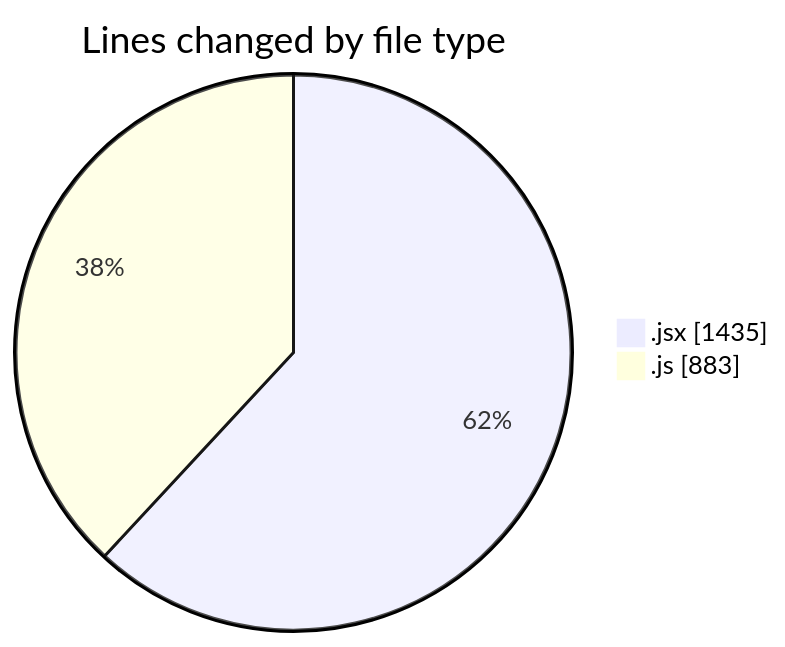
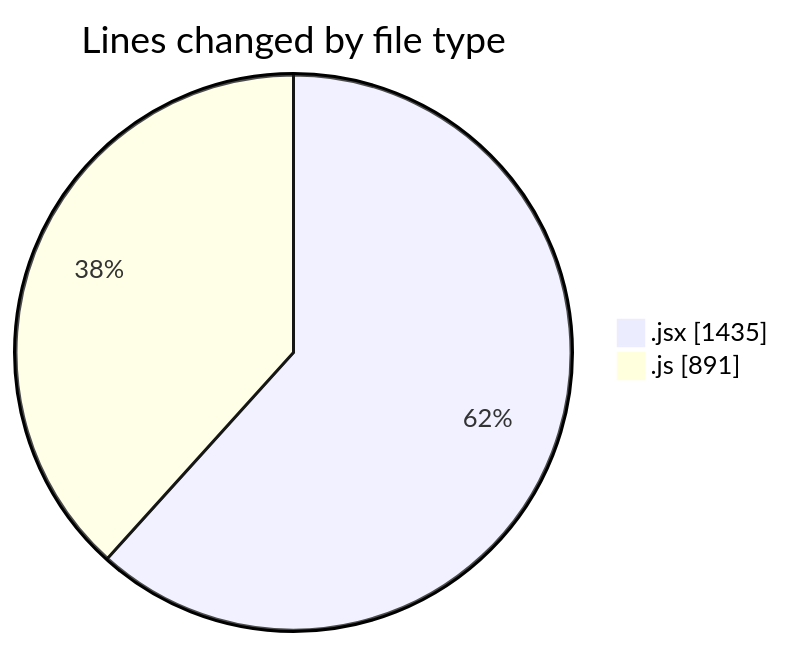
The first of 2 diagrams in 2025-09-15/nxtqube_webapp/README.md (nxtqubesakshisongat/code-tracking), drawn with Mermaid before and after one commit. The commit also changed other lines of this file and 1 other file, not shown here.

````diff
--- a/2025-09-15/nxtqube_webapp/README.md
+++ b/2025-09-15/nxtqube_webapp/README.md
@@ -22,6 +22,6 @@
 ```mermaid
 pie showData
 title Lines changed by file type
 ".jsx" : 1435
-".js" : 883
+".js" : 891
 ```
````
